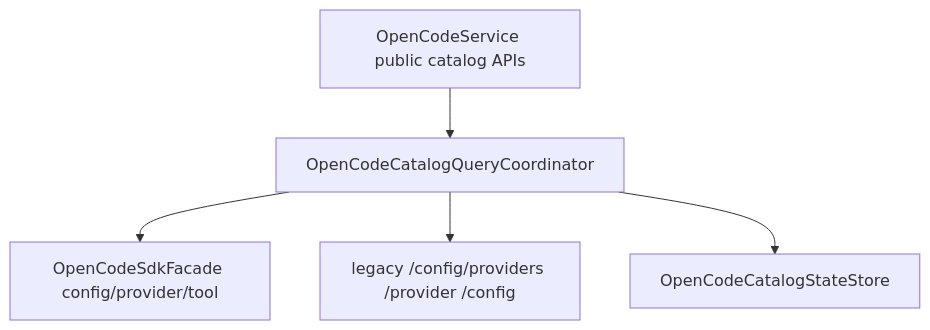
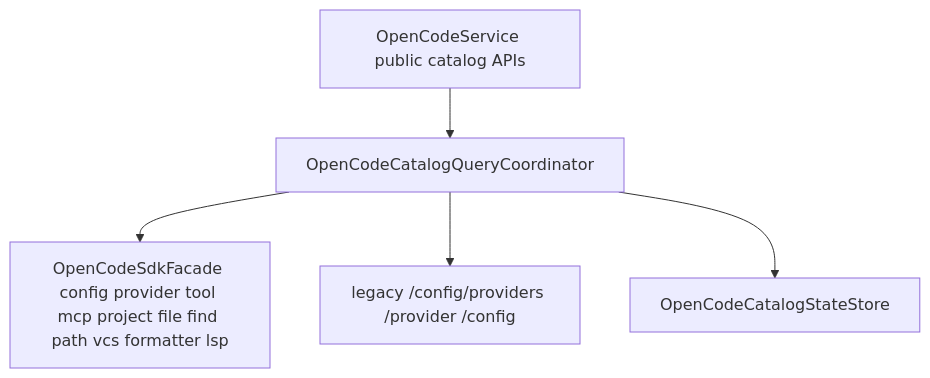
One commit to OCDcreator/opencodian changed the diagram in docs/modules/core/opencode/OpenCodeCatalogQueryCoordinator.md. Above: the diagram before and after it, drawn with Mermaid. The commit also changed other lines of this file and 11 other files, not shown here.

````diff
--- a/docs/modules/core/opencode/OpenCodeCatalogQueryCoordinator.md
+++ b/docs/modules/core/opencode/OpenCodeCatalogQueryCoordinator.md
@@ -74,7 +90,7 @@
 ```mermaid
 graph TD
     A[OpenCodeService public catalog APIs] --> B[OpenCodeCatalogQueryCoordinator]
-    B --> C[OpenCodeSdkFacade config/provider/tool]
+    B --> C[OpenCodeSdkFacade config provider tool mcp project file find path vcs formatter lsp]
     B --> D[legacy /config/providers /provider /config]
     B --> E[OpenCodeCatalogStateStore]
 ```
````
